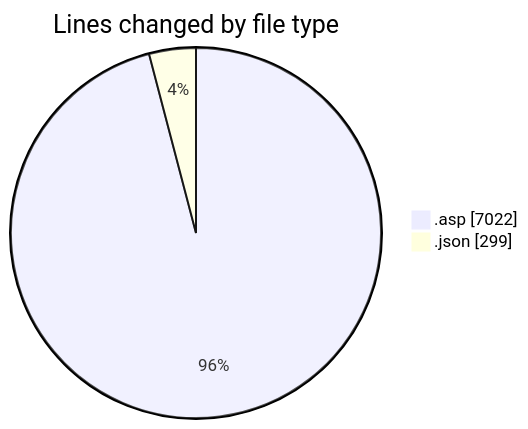
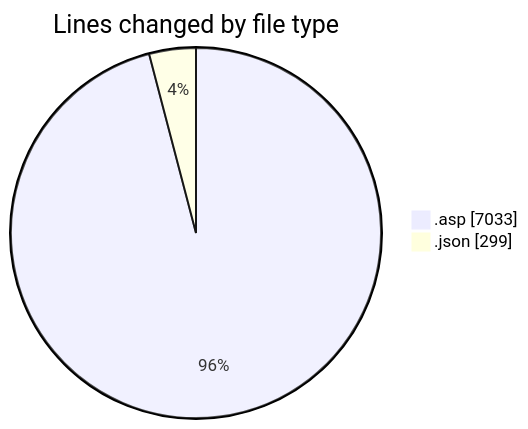
Before and after one commit to julien-gomy/code-tracking: the first of 2 diagrams in 2025-11-15/usr_aleoudev_fr__workspace_/README.md, drawn with Mermaid. The commit also changed other lines of this file and 1 other file, not shown here.

````diff
--- a/2025-11-15/usr_aleoudev_fr__workspace_/README.md
+++ b/2025-11-15/usr_aleoudev_fr__workspace_/README.md
@@ -26,6 +26,6 @@
 ```mermaid
 pie showData
 title Lines changed by file type
-".asp" : 7022
+".asp" : 7033
 ".json" : 299
 ```
````
